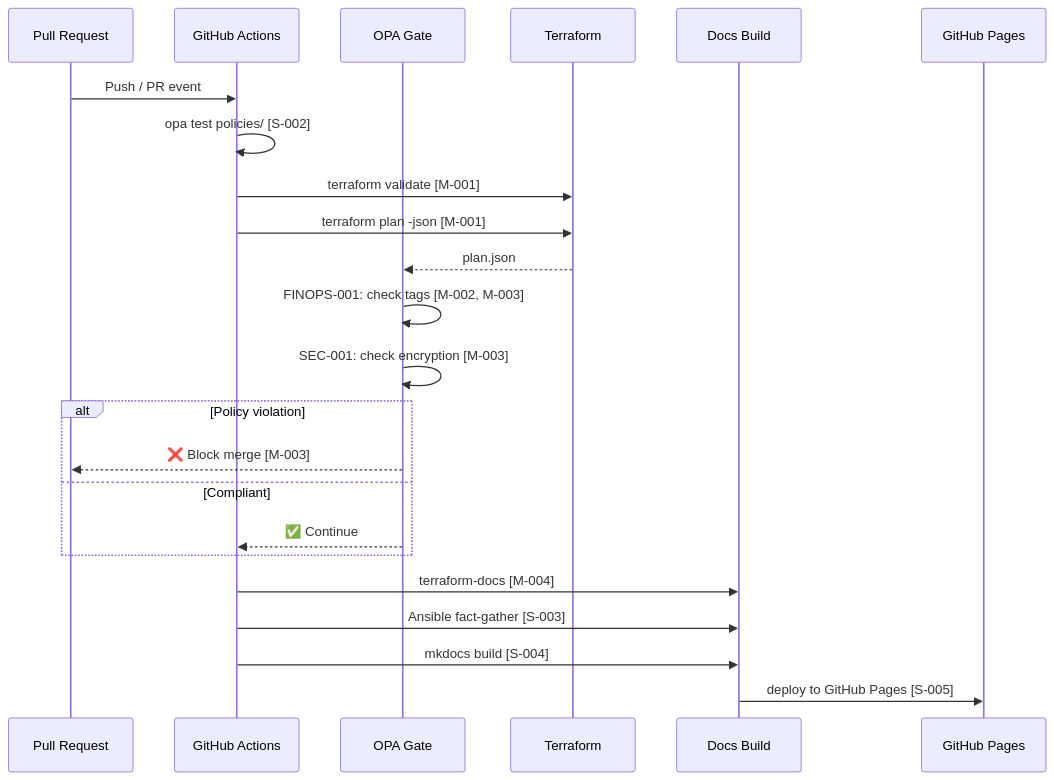
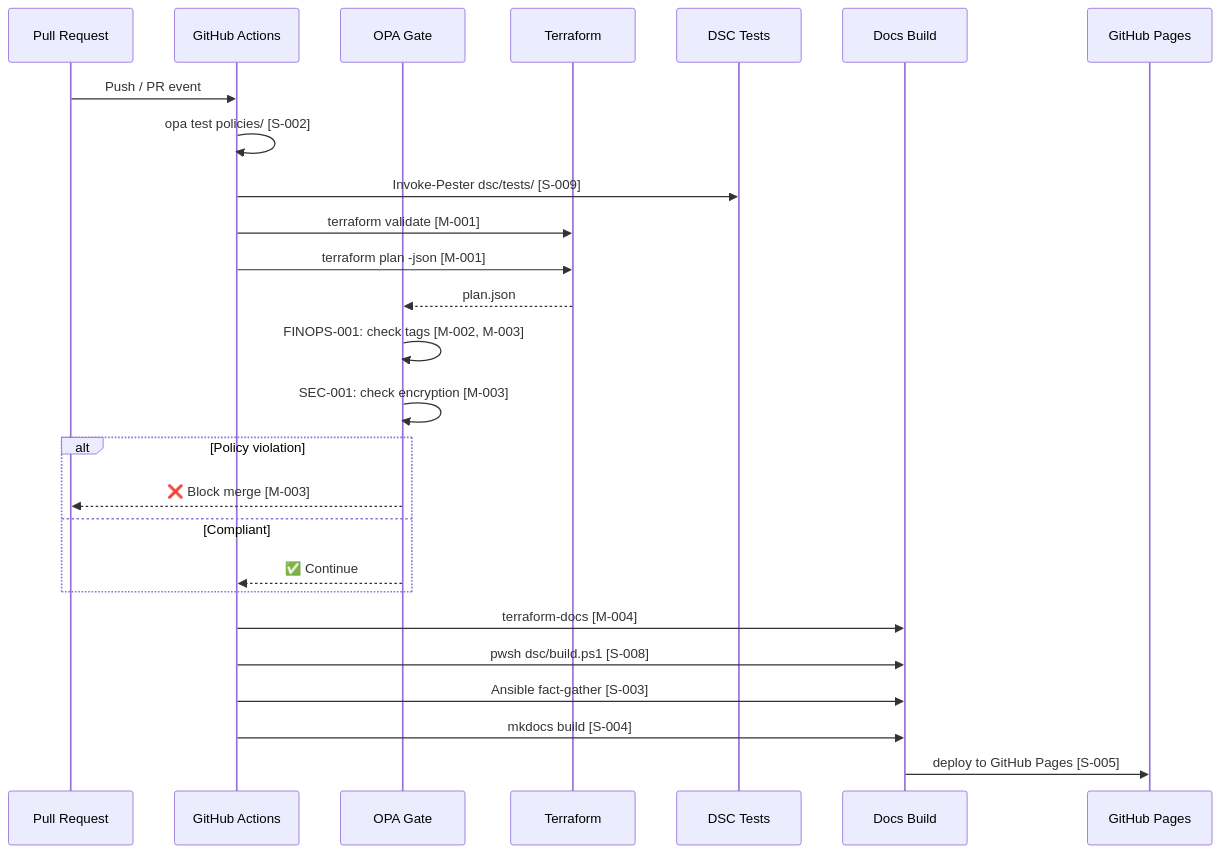
One commit to DevelApp-ai/deterministic-technical-design-specification changed the second of 3 diagrams in example/docs/traceability/index.md. Above: the diagram before and after it, drawn with Mermaid. The commit also changed other lines of this file and 15 other files, not shown here.

First line of the commit message:
Add PowerShell DSC examples: DTDS_FileContent resource, Pester tests, DscResource.DocGenerator, ADR-0004

````diff
--- a/example/docs/traceability/index.md
+++ b/example/docs/traceability/index.md
@@ -111,26 +127,29 @@
 ```mermaid
 sequenceDiagram
     participant PR as Pull Request
     participant CI as GitHub Actions
     participant OPA as OPA Gate
     participant TF  as Terraform
+    participant DSC as DSC Tests
     participant DOCS as Docs Build
     participant GH  as GitHub Pages
 
     PR->>CI: Push / PR event
     CI->>CI: opa test policies/ [S-002]
+    CI->>DSC: Invoke-Pester dsc/tests/ [S-009]
     CI->>TF: terraform validate [M-001]
     CI->>TF: terraform plan -json [M-001]
     TF-->>OPA: plan.json
     OPA->>OPA: FINOPS-001: check tags [M-002, M-003]
     OPA->>OPA: SEC-001: check encryption [M-003]
     alt Policy violation
         OPA-->>PR: ❌ Block merge [M-003]
     else Compliant
         OPA-->>CI: ✅ Continue
     end
     CI->>DOCS: terraform-docs [M-004]
+    CI->>DOCS: pwsh dsc/build.ps1 [S-008]
     CI->>DOCS: Ansible fact-gather [S-003]
     CI->>DOCS: mkdocs build [S-004]
     DOCS->>GH: deploy to GitHub Pages [S-005]
 ```
````
